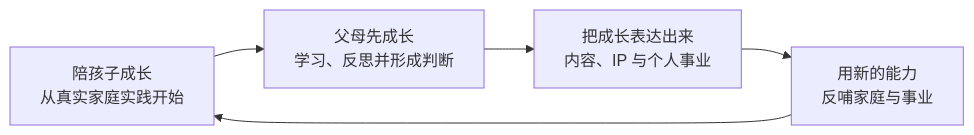
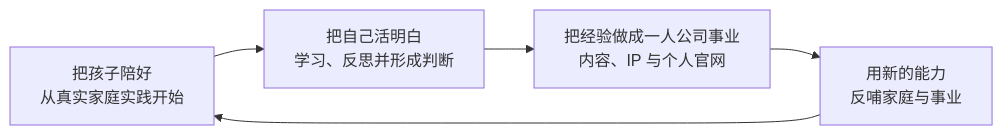
One commit to junyifei/junyi-skills changed the diagram in README.md. Above: the diagram before and after it, drawn with Mermaid. The commit also changed other lines of this file, not shown here.

````diff
--- a/README.md
+++ b/README.md
@@ -50,7 +50,7 @@
 ```mermaid
 flowchart LR
-    A["陪孩子成长<br/>从真实家庭实践开始"] --> B["父母先成长<br/>学习、反思并形成判断"]
-    B --> C["把成长表达出来<br/>内容、IP 与个人事业"]
+    A["把孩子陪好<br/>从真实家庭实践开始"] --> B["把自己活明白<br/>学习、反思并形成判断"]
+    B --> C["把经验做成一人公司事业<br/>内容、IP 与个人官网"]
     C --> D["用新的能力<br/>反哺家庭与事业"]
     D --> A
 ```
````
